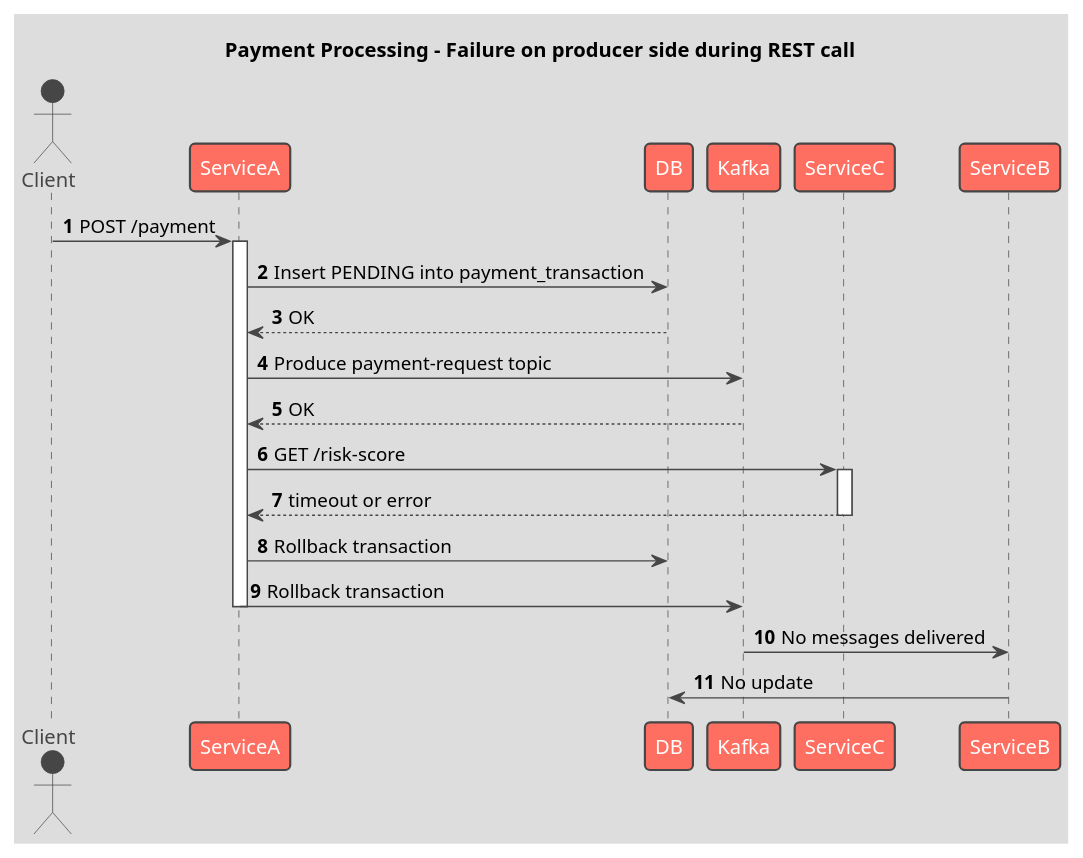
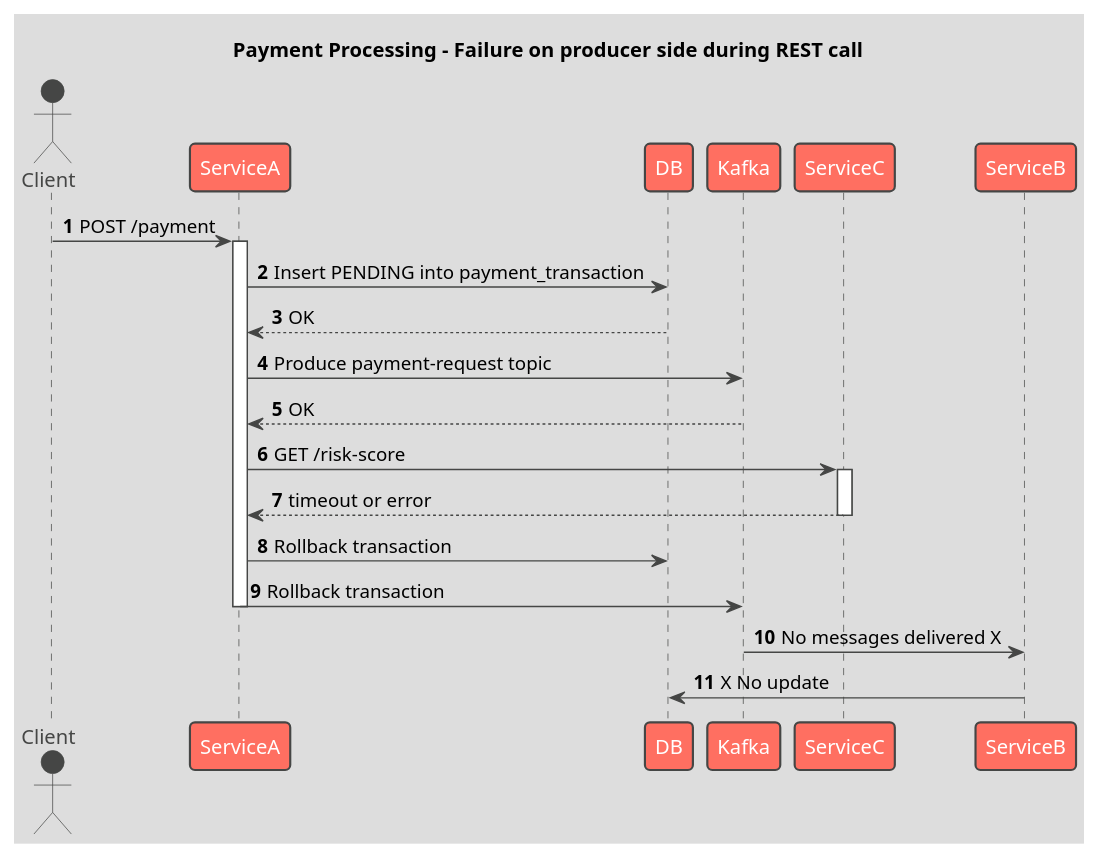
The diagram in library-service-producer/src/main/resources/sad-flow.plantuml (norulshahlam/spring-boot-kafka-tutorials), drawn with PlantUML before and after one commit.

Commit message:
transactions in db

```diff
--- a/library-service-producer/src/main/resources/sad-flow.plantuml
+++ b/library-service-producer/src/main/resources/sad-flow.plantuml
@@ -1,28 +1,28 @@
 @startuml
 !theme toy
 title Payment Processing - Failure on producer side during REST call
 autonumber
 actor Client
 
 Client -> ServiceA: POST /payment
 activate ServiceA
 
 ServiceA -> DB: Insert PENDING into payment_transaction
 DB --> ServiceA: OK
 
 ServiceA -> Kafka: Produce payment-request topic
 Kafka --> ServiceA: OK
 
 ServiceA -> ServiceC: GET /risk-score
 activate ServiceC
 ServiceC --> ServiceA: timeout or error
 deactivate ServiceC
 
 ServiceA -> DB: Rollback transaction
 ServiceA -> Kafka: Rollback transaction
 deactivate ServiceA
 
-Kafka -> ServiceB: No messages delivered
-ServiceB -> DB: No update
+Kafka -> ServiceB: No messages delivered X
+ServiceB -> DB: X No update
 
 @enduml
```
